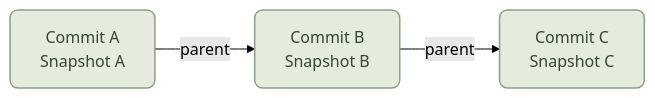
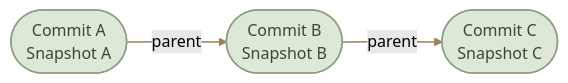
One commit to mustafammasoud/ops-handbook changed the fifth of 5 diagrams in content/version-control/Git and GitHub/git-architecture.mdx. Above: the diagram before and after it, drawn with Mermaid (forest theme). The commit also changed other lines of this file and 17 other files, not shown here.

````diff
--- a/content/version-control/Git and GitHub/git-architecture.mdx
+++ b/content/version-control/Git and GitHub/git-architecture.mdx
@@ -476,13 +492,15 @@
 ```mermaid
 flowchart LR
-    C1["Commit A<br/>Snapshot A"]
-    C2["Commit B<br/>Snapshot B"]
-    C3["Commit C<br/>Snapshot C"]
+    C1(["Commit A<br/>Snapshot A"])
+    C2(["Commit B<br/>Snapshot B"])
+    C3(["Commit C<br/>Snapshot C"])
 
     C1 -->|"parent"| C2
     C2 -->|"parent"| C3
 
-    classDef snapshot fill:#E5EBDD,stroke:#8CA184,color:#344734,stroke-width:1.5px,rx:8,ry:8
+    classDef snapshot fill:#DDE8D8,stroke:#8AA184,color:#344B38,stroke-width:1.5px
 
     class C1,C2,C3 snapshot
+
+    linkStyle default stroke:#9B8059,stroke-width:1.5px
 ```
````
